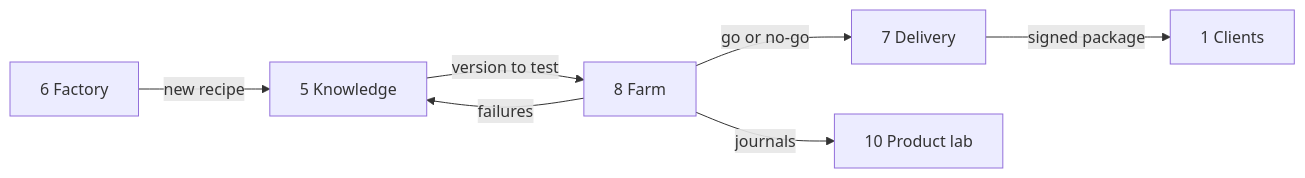
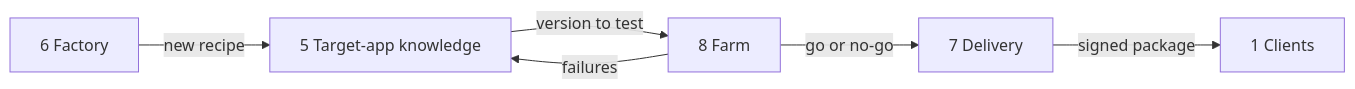
One commit to ChayaLevi/hopa changed the second of 3 diagrams in docs/project/operations/teams.md. Above: the diagram before and after it, drawn with Mermaid. The commit also changed other lines of this file, not shown here.

First line of the commit message:
docs(teams): split runtime, recipe pipeline and learning into three clocks

````diff
--- a/docs/project/operations/teams.md
+++ b/docs/project/operations/teams.md
@@ -133,9 +113,8 @@
 ```mermaid
 flowchart LR
-    factory["6 Factory"] -->|new recipe| knowledge["5 Knowledge"]
+    factory["6 Factory"] -->|new recipe| knowledge["5 Target-app knowledge"]
     knowledge -->|version to test| farm["8 Farm"]
     farm -->|failures| knowledge
     farm -->|go or no-go| delivery["7 Delivery"]
     delivery -->|signed package| clients["1 Clients"]
-    farm -->|journals| lab["10 Product lab"]
 ```
````
